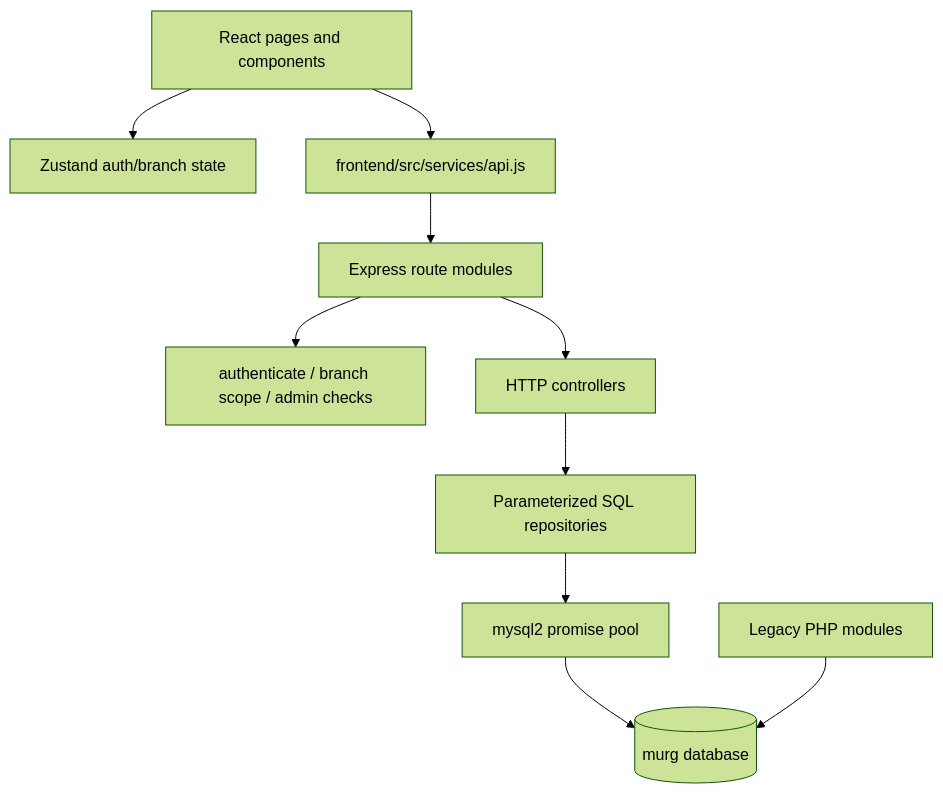
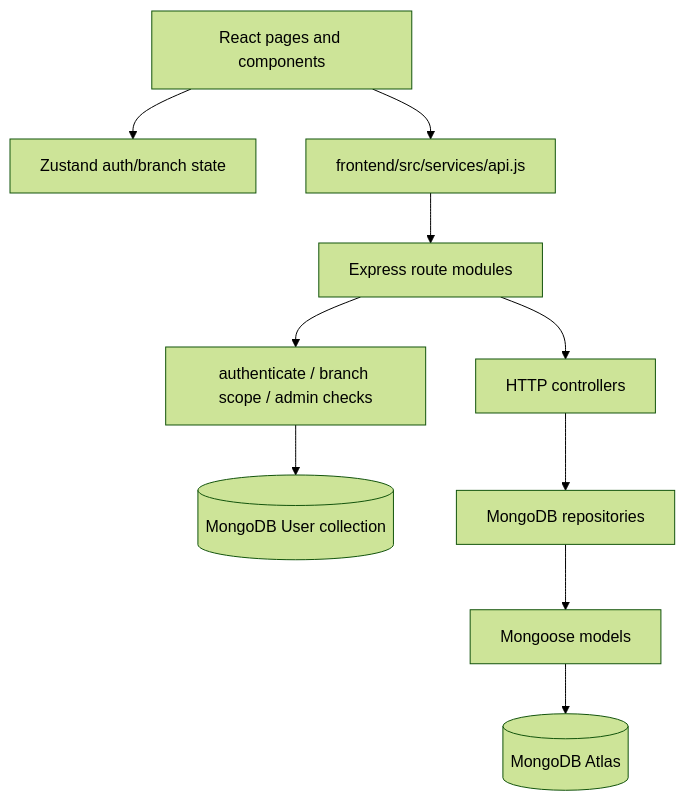
One commit to UMARSANDA324/murg-app changed the diagram in docs/ARCHITECTURE_CURRENT.md. Above: the diagram before and after it, drawn with Mermaid (forest theme). The commit also changed other lines of this file and 416 other files, not shown here.

````diff
--- a/docs/ARCHITECTURE_CURRENT.md
+++ b/docs/ARCHITECTURE_CURRENT.md
@@ -5,12 +5,12 @@
 ```mermaid
 flowchart TD
   UI[React pages and components] --> Store[Zustand auth/branch state]
   UI --> Client[frontend/src/services/api.js]
   Client --> Routes[Express route modules]
   Routes --> Middleware[authenticate / branch scope / admin checks]
   Routes --> Controllers[HTTP controllers]
-  Controllers --> Repositories[Parameterized SQL repositories]
-  Repositories --> Pool[mysql2 promise pool]
-  Pool --> MySQL[(murg database)]
-  PHP[Legacy PHP modules] --> MySQL
+  Middleware --> MongoUser[(MongoDB User collection)]
+  Controllers --> MongoRepos[MongoDB repositories]
+  MongoRepos --> Models[Mongoose models]
+  Models --> Atlas[(MongoDB Atlas)]
 ```
````
